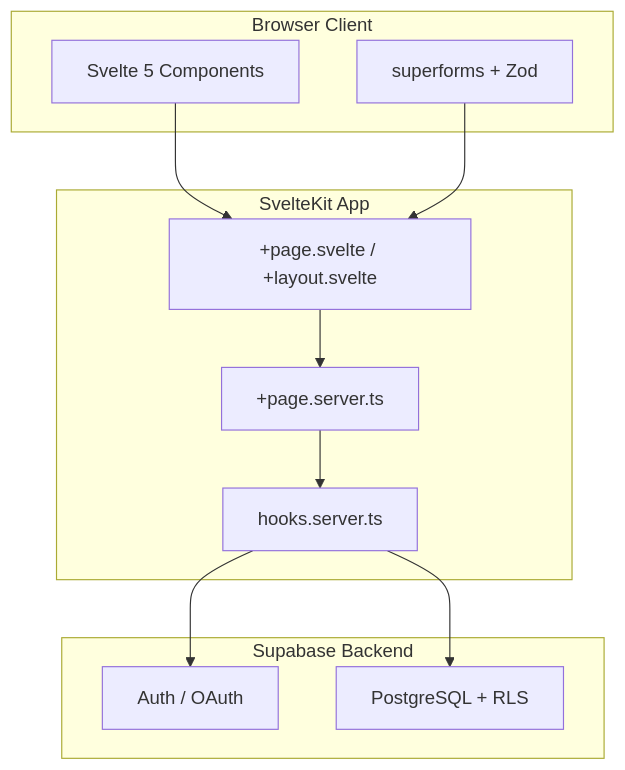
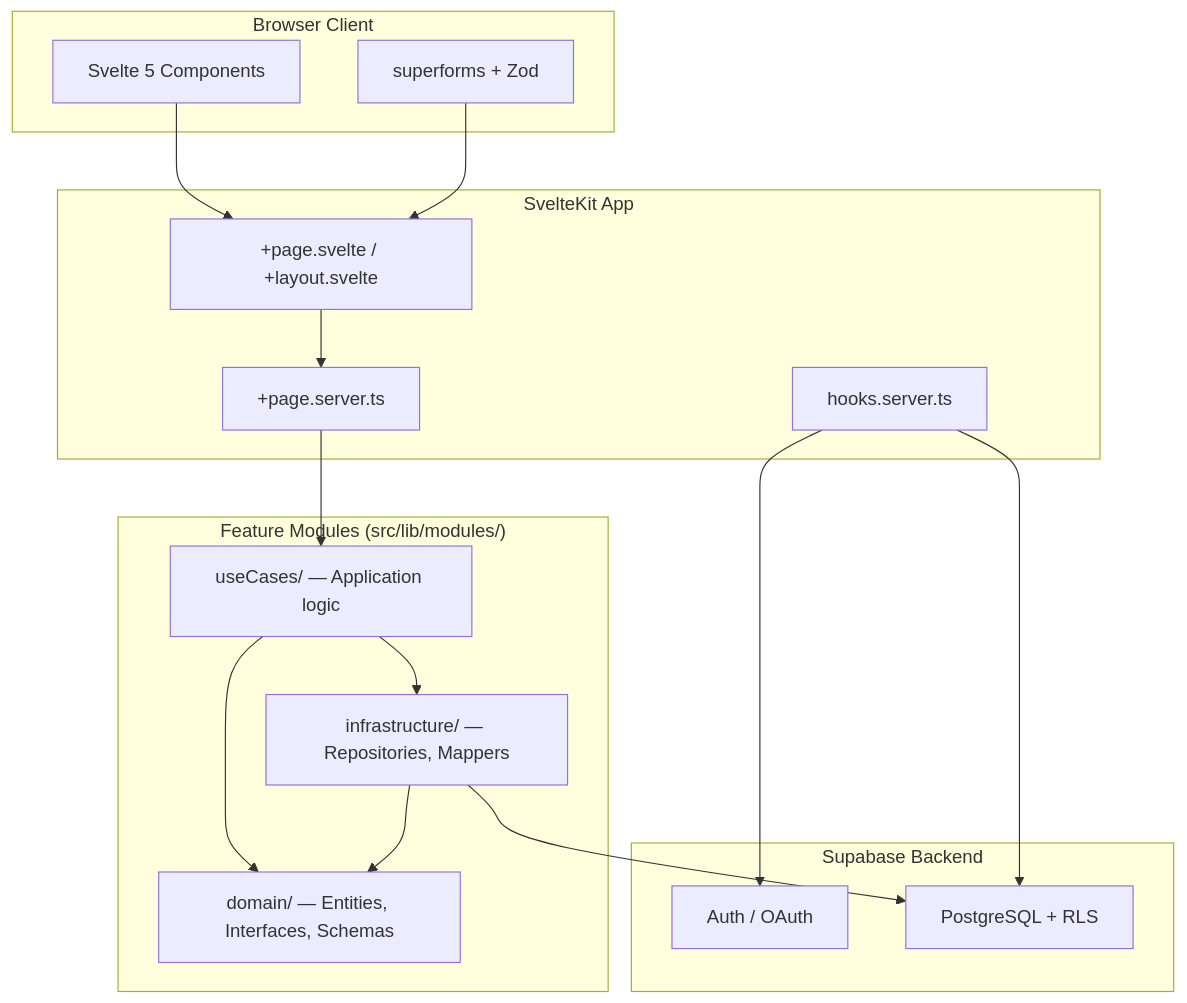
The first of 2 diagrams in docs/00_INDEX.md (Agustin-Perezz/svelte-supabase-starter-template), drawn with Mermaid before and after one commit. The commit also changed other lines of this file and 4 other files, not shown here.

Commit message:
Update all docs to reflect new module-based clean architecture

````diff
--- a/docs/00_INDEX.md
+++ b/docs/00_INDEX.md
@@ -13,25 +13,35 @@
 ```mermaid
 graph TB
     subgraph Client["Browser Client"]
         UI["Svelte 5 Components"]
         Forms["superforms + Zod"]
     end
 
     subgraph SvelteKit["SvelteKit App"]
         Routes["+page.svelte / +layout.svelte"]
         Server["+page.server.ts"]
         Hooks["hooks.server.ts"]
     end
 
+    subgraph Modules["Feature Modules (src/lib/modules/)"]
+        Domain["domain/ — Entities, Interfaces, Schemas"]
+        UseCases["useCases/ — Application logic"]
+        Infra["infrastructure/ — Repositories, Mappers"]
+    end
+
     subgraph Supabase["Supabase Backend"]
         Auth["Auth / OAuth"]
         DB["PostgreSQL + RLS"]
     end
 
     UI --> Routes
     Forms --> Routes
     Routes --> Server
-    Server --> Hooks
+    Server --> UseCases
+    UseCases --> Domain
+    UseCases --> Infra
+    Infra --> Domain
+    Infra --> DB
     Hooks --> Auth
     Hooks --> DB
 ```
````
